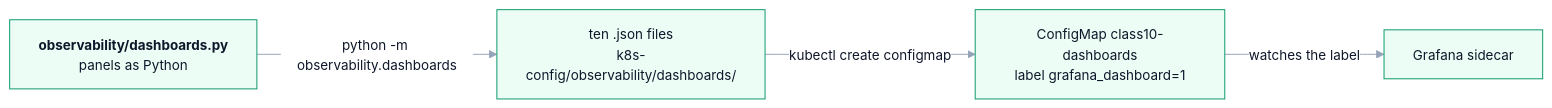
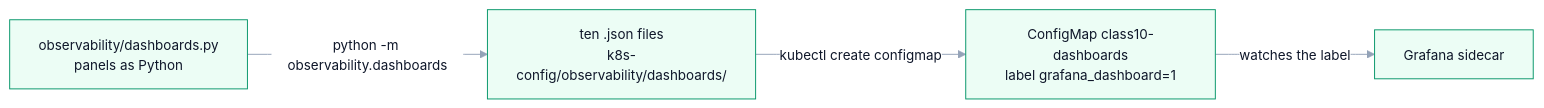
One commit to harshuljain13/Dodona changed the second of 3 diagrams in docs/cluster/observability.md. Above: the diagram before and after it, drawn with Mermaid. The commit also changed other lines of this file and 17 other files, not shown here.

````diff
--- a/docs/cluster/observability.md
+++ b/docs/cluster/observability.md
@@ -51,19 +51,19 @@
 ```mermaid
 %%{init: {'theme':'base','themeVariables':{
   'fontFamily':'ui-sans-serif, -apple-system, Segoe UI, Inter, Helvetica, Arial, sans-serif','fontSize':'14px',
   'primaryColor':'#ecfdf5','primaryTextColor':'#0f172a','primaryBorderColor':'#059669',
   'secondaryColor':'#f8fafc','tertiaryColor':'#ffffff',
   'lineColor':'#94a3b8','textColor':'#1e293b',
   'clusterBkg':'#ffffff','clusterBorder':'#a7f3d0',
   'edgeLabelBackground':'#ffffff','nodeBorder':'#059669'
 }}}%%
 flowchart LR
-    PY["<b>observability/dashboards.py</b><br/>panels as Python"]
+    PY["observability/dashboards.py<br/>panels as Python"]
     JSON["ten .json files<br/>k8s-config/observability/dashboards/"]
     CM["ConfigMap class10-dashboards<br/>label grafana_dashboard=1"]
     SIDECAR["Grafana sidecar"]
 
     PY -->|"python -m observability.dashboards"| JSON
     JSON -->|"kubectl create configmap"| CM
     CM -->|"watches the label"| SIDECAR
 ```
````
